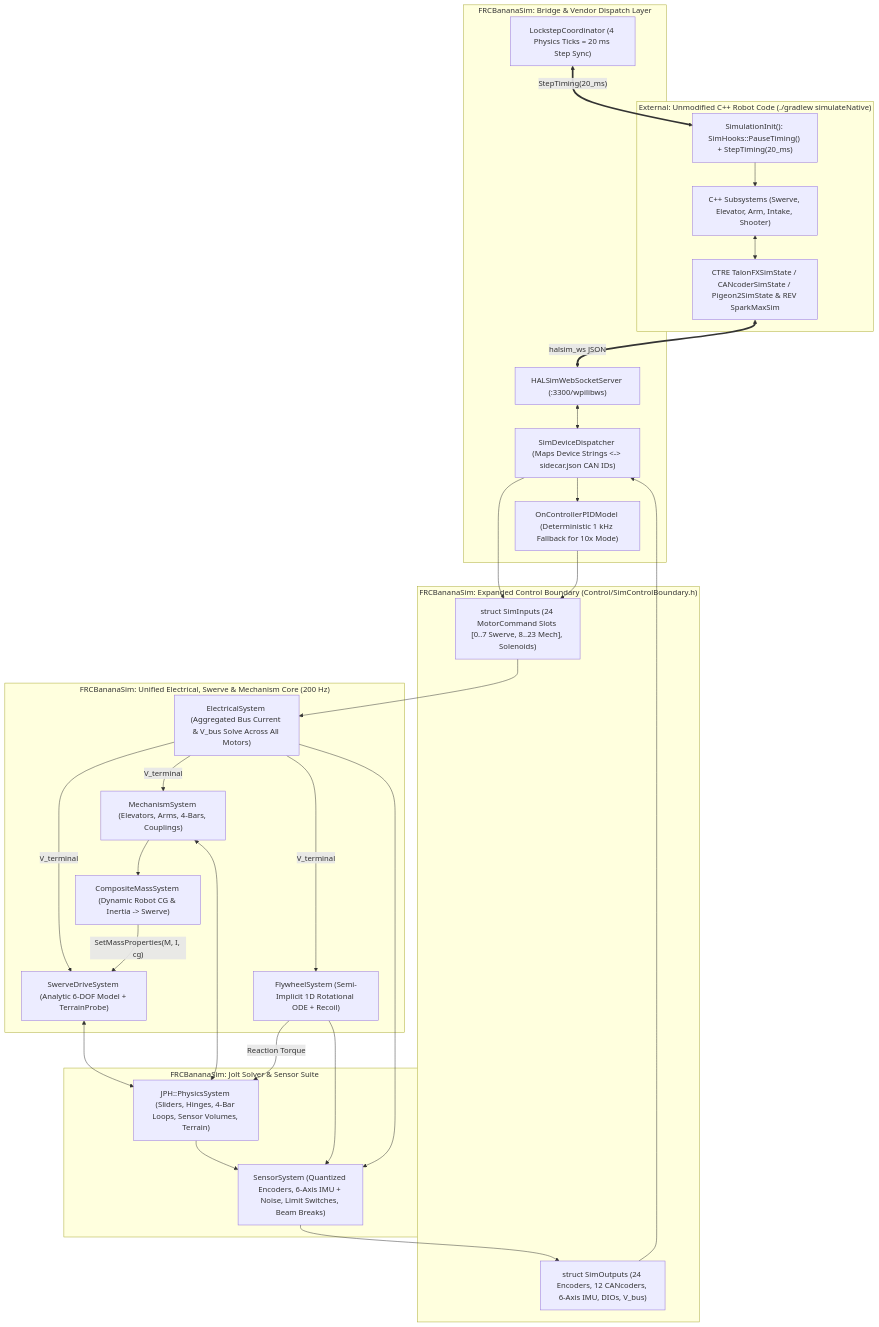
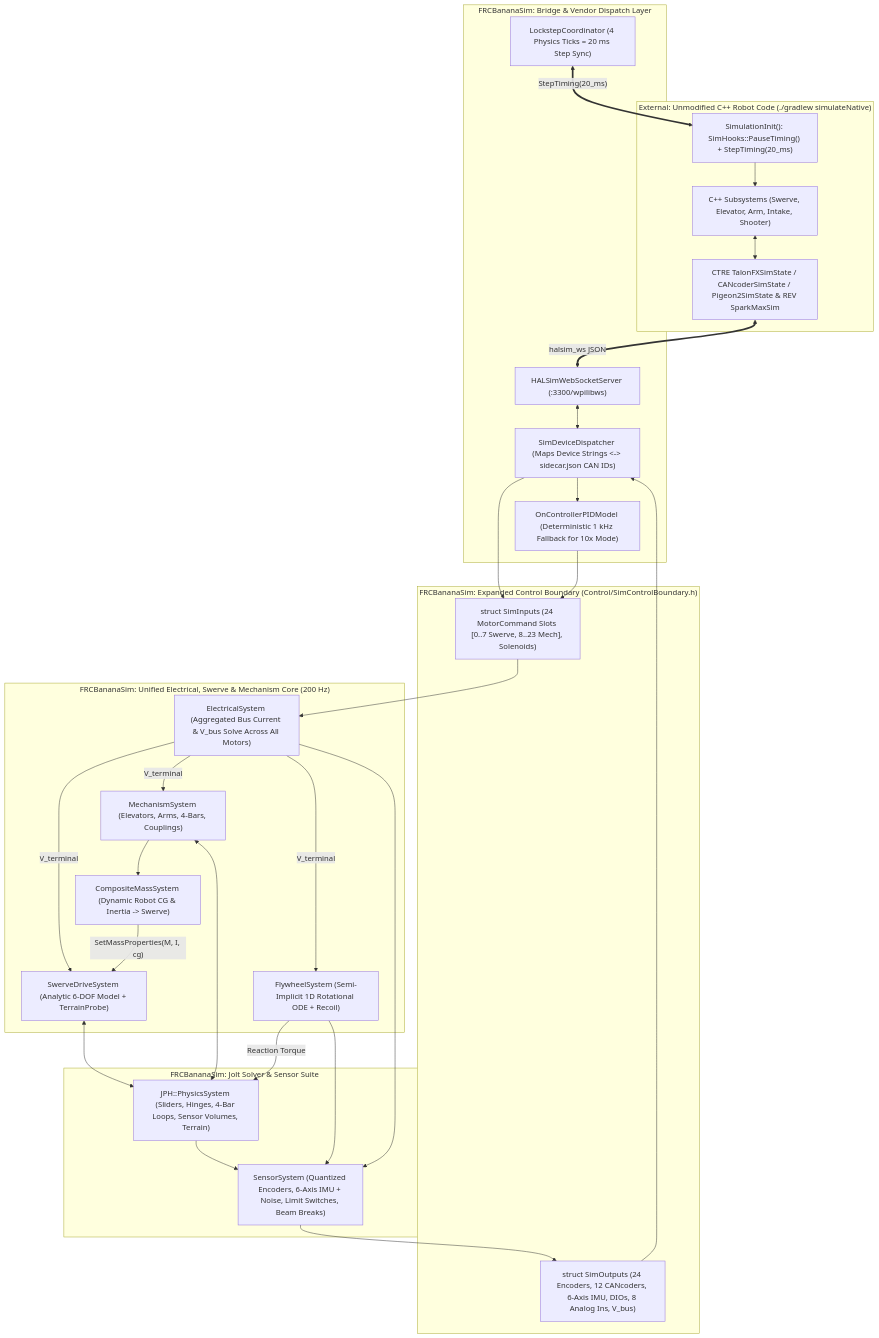
The first of 2 diagrams in PLANNING/Blocks/Block 3 Plan v1.md (TheAsherbot/FRCBananaSim), drawn with Mermaid before and after one commit. The commit also changed other lines of this file and 7 other files, not shown here.

````diff
--- a/PLANNING/Blocks/Block 3 Plan v1.md
+++ b/PLANNING/Blocks/Block 3 Plan v1.md
@@ -61,58 +61,58 @@
 ```mermaid
 flowchart TD
     subgraph WPILibProcess["External: Unmodified C++ Robot Code (./gradlew simulateNative)"]
         Subsystems["C++ Subsystems (Swerve, Elevator, Arm, Intake, Shooter)"]
         VendorSim["CTRE TalonFXSimState / CANcoderSimState / Pigeon2SimState & REV SparkMaxSim"]
         LockstepHook["SimulationInit(): SimHooks::PauseTiming() + StepTiming(20_ms)"]
         Subsystems <--> VendorSim
         LockstepHook --> Subsystems
     end
 
     subgraph BridgeLayer["FRCBananaSim: Bridge & Vendor Dispatch Layer"]
         WSServer["HALSimWebSocketServer (:3300/wpilibws)"]
         Dispatcher["SimDeviceDispatcher (Maps Device Strings <-> sidecar.json CAN IDs)"]
         LockstepCoord["LockstepCoordinator (4 Physics Ticks = 20 ms Step Sync)"]
         ClosedLoopFallback["OnControllerPIDModel (Deterministic 1 kHz Fallback for 10x Mode)"]
 
         VendorSim <==>|"halsim_ws JSON"| WSServer
         WSServer <--> Dispatcher
         LockstepCoord <==>|"StepTiming(20_ms)"| LockstepHook
         Dispatcher --> ClosedLoopFallback
     end
 
     subgraph ControlBoundary["FRCBananaSim: Expanded Control Boundary (Control/SimControlBoundary.h)"]
         SimInputs["struct SimInputs (24 MotorCommand Slots [0..7 Swerve, 8..23 Mech], Solenoids)"]
-        SimOutputs["struct SimOutputs (24 Encoders, 12 CANcoders, 6-Axis IMU, DIOs, V_bus)"]
+        SimOutputs["struct SimOutputs (24 Encoders, 12 CANcoders, 6-Axis IMU, DIOs, 8 Analog Ins, V_bus)"]
         Dispatcher --> SimInputs
         ClosedLoopFallback --> SimInputs
         SimOutputs --> Dispatcher
     end
 
     subgraph CoreSimulation["FRCBananaSim: Unified Electrical, Swerve & Mechanism Core (200 Hz)"]
         ElecSys["ElectricalSystem (Aggregated Bus Current & V_bus Solve Across All Motors)"]
         SwerveSys["SwerveDriveSystem (Analytic 6-DOF Model + TerrainProbe)"]
         MechSys["MechanismSystem (Elevators, Arms, 4-Bars, Couplings)"]
         FlywheelSys["FlywheelSystem (Semi-Implicit 1D Rotational ODE + Recoil)"]
         MassSys["CompositeMassSystem (Dynamic Robot CG & Inertia -> Swerve)"]
 
         SimInputs --> ElecSys
         ElecSys -->|"V_terminal"| SwerveSys
         ElecSys -->|"V_terminal"| MechSys
         ElecSys -->|"V_terminal"| FlywheelSys
         MechSys --> MassSys
         MassSys -->|"SetMassProperties(M, I, cg)"| SwerveSys
     end
 
     subgraph JoltAndSensors["FRCBananaSim: Jolt Solver & Sensor Suite"]
         Jolt["JPH::PhysicsSystem (Sliders, Hinges, 4-Bar Loops, Sensor Volumes, Terrain)"]
         SensorSys["SensorSystem (Quantized Encoders, 6-Axis IMU + Noise, Limit Switches, Beam Breaks)"]
 
         SwerveSys <--> Jolt
         MechSys <--> Jolt
         FlywheelSys -->|"Reaction Torque"| Jolt
         Jolt --> SensorSys
         FlywheelSys --> SensorSys
         ElecSys --> SensorSys
         SensorSys --> SimOutputs
     end
 ```
````
